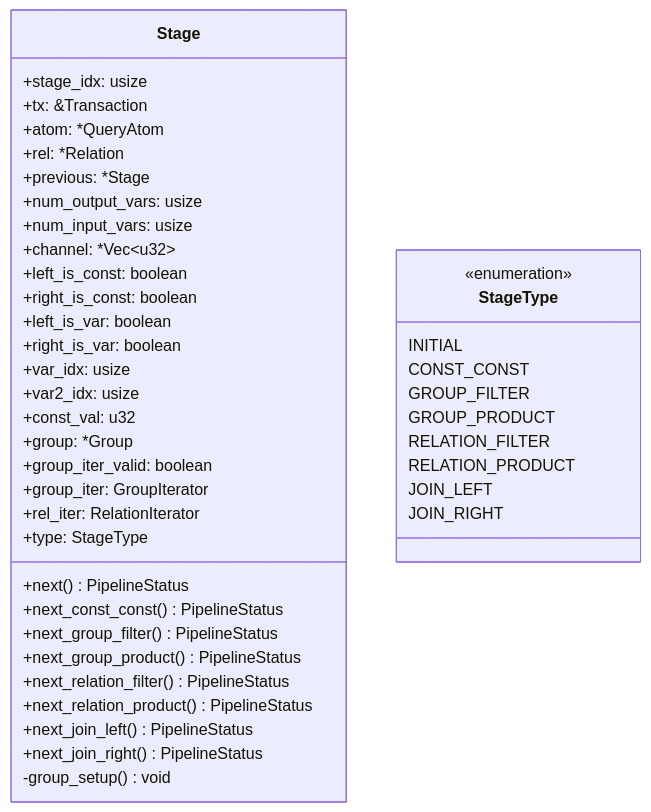
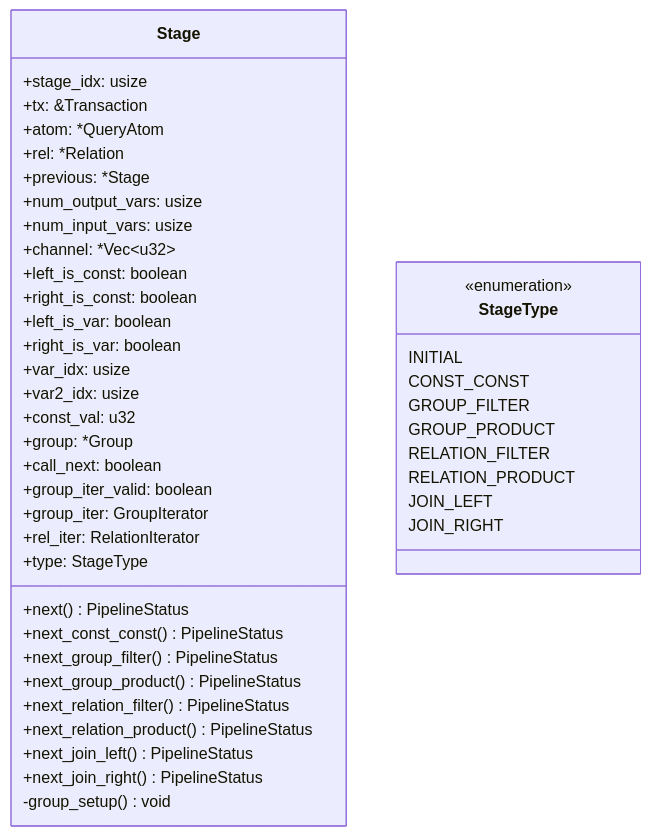
Before and after one commit to BrandonTang89/databases_project: the diagram in docs/img/stage.mermaid, drawn with Mermaid. The commit also changed 12 other files, not shown here.

Commit message:
fix up about not setting required lock on query suspend and implement call_next boolean flag for filters

```diff
--- a/docs/img/stage.mermaid
+++ b/docs/img/stage.mermaid
@@ -1,45 +1,46 @@
 classDiagram
     class Stage {
       +stage_idx: usize
       +tx: &Transaction
       +atom: *QueryAtom
       +rel: *Relation
       +previous: *Stage
       +num_output_vars: usize
       +num_input_vars: usize
       +channel: *Vec~u32~
       +left_is_const: boolean
       +right_is_const: boolean
       +left_is_var: boolean
       +right_is_var: boolean
       +var_idx: usize
       +var2_idx: usize
       +const_val: u32
       +group: *Group
+      +call_next: boolean
       +group_iter_valid: boolean
       +group_iter: GroupIterator
       +rel_iter: RelationIterator
       +type: StageType
 
       +next() PipelineStatus
       +next_const_const() PipelineStatus
       +next_group_filter() PipelineStatus
       +next_group_product() PipelineStatus
       +next_relation_filter() PipelineStatus
       +next_relation_product() PipelineStatus
       +next_join_left() PipelineStatus
       +next_join_right() PipelineStatus
       -group_setup() void
     }
 
     class StageType {
       <<enumeration>>
       INITIAL
       CONST_CONST
       GROUP_FILTER
       GROUP_PRODUCT
       RELATION_FILTER
       RELATION_PRODUCT
       JOIN_LEFT
       JOIN_RIGHT
     }
```
